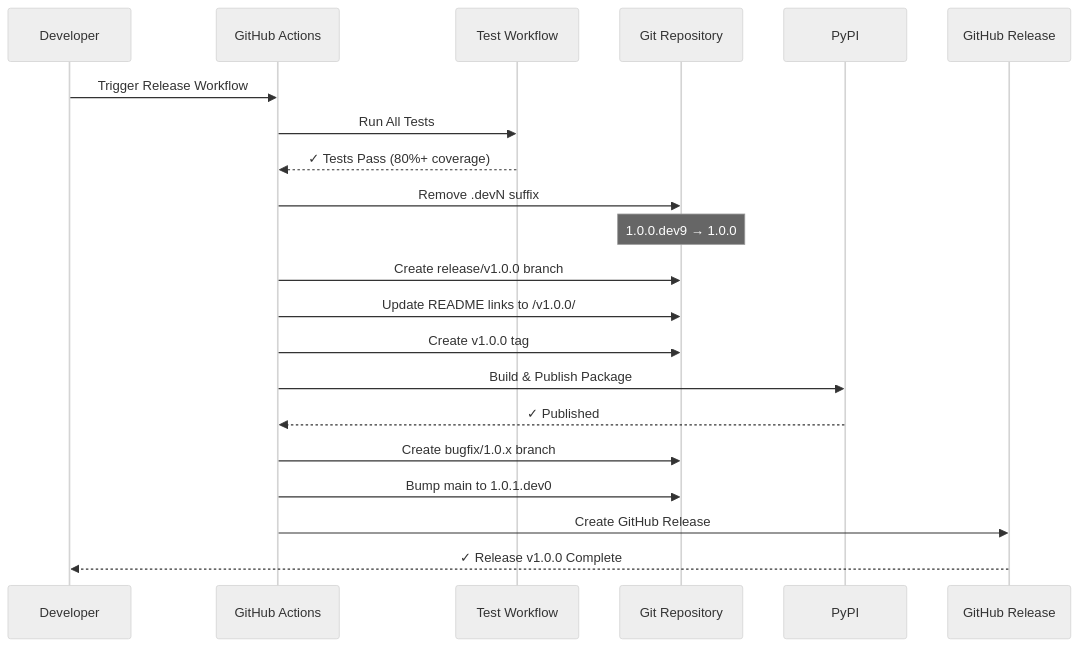
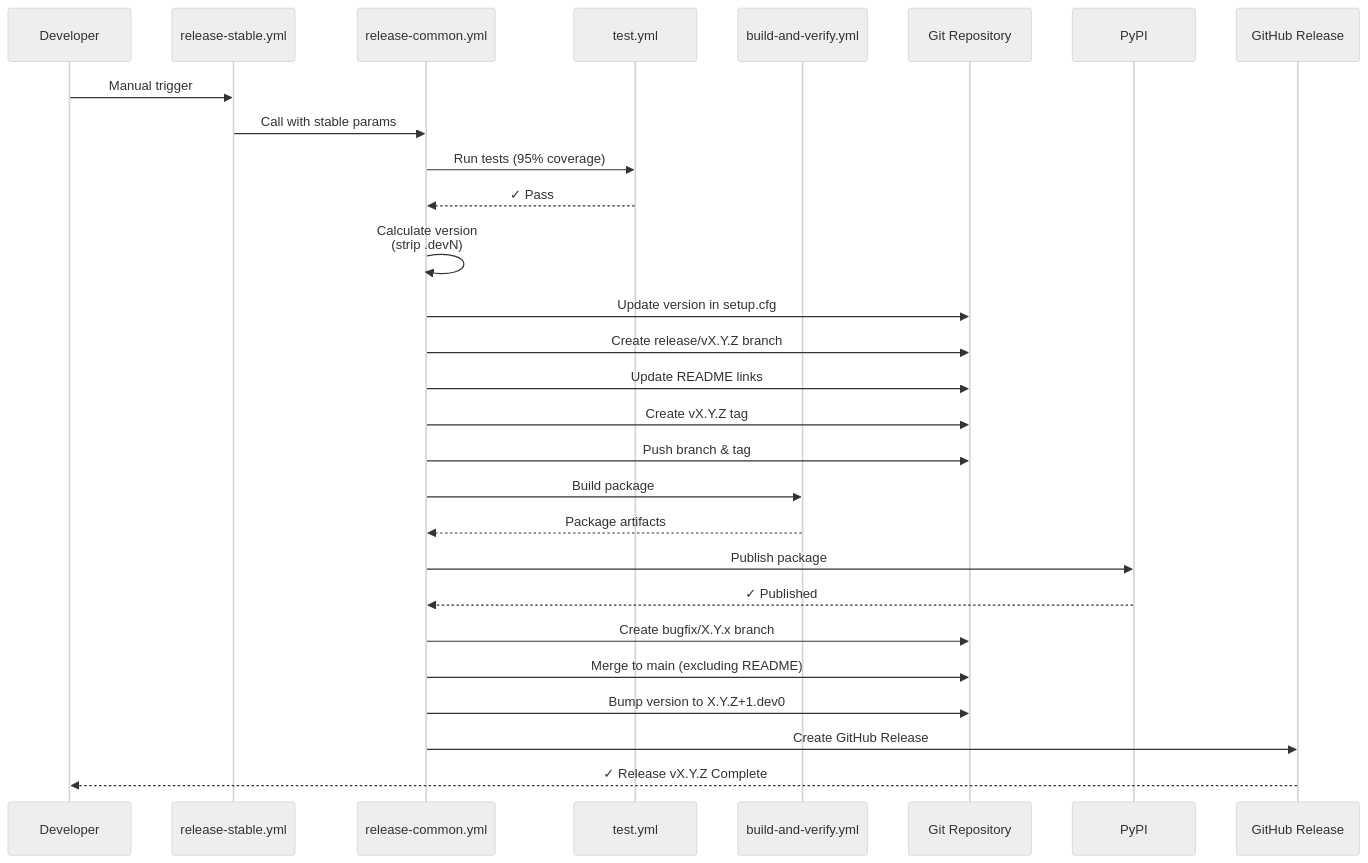
Before and after one commit to minouris/spafw37: the ninth of 18 diagrams in .github/RELEASE_PROCESS.md, drawn with Mermaid (neutral theme). The commit also changed other lines of this file, not shown here.

Commit message:
Updated documentation for release workflows

````diff
--- a/.github/RELEASE_PROCESS.md
+++ b/.github/RELEASE_PROCESS.md
@@ -345,29 +707,31 @@
 ```mermaid
 sequenceDiagram
     participant Dev as Developer
-    participant GH as GitHub Actions
-    participant Test as Test Workflow
+    participant Launcher as release-stable.yml
+    participant Common as release-common.yml
+    participant Test as test.yml
+    participant Build as build-and-verify.yml
     participant Git as Git Repository
     participant PyPI as PyPI
-    participant Release as GitHub Release
+    participant GH as GitHub Release
     
-    Dev->>GH: Trigger Release Workflow
-    GH->>Test: Run All Tests
-    Test-->>GH: ✓ Tests Pass (80%+ coverage)
-    
-    GH->>Git: Remove .devN suffix
-    Note over Git: 1.0.0.dev9 → 1.0.0
-    
-    GH->>Git: Create release/v1.0.0 branch
-    GH->>Git: Update README links to /v1.0.0/
-    GH->>Git: Create v1.0.0 tag
-    
-    GH->>PyPI: Build & Publish Package
-    PyPI-->>GH: ✓ Published
-    
-    GH->>Git: Create bugfix/1.0.x branch
-    GH->>Git: Bump main to 1.0.1.dev0
-    
-    GH->>Release: Create GitHub Release
-    Release-->>Dev: ✓ Release v1.0.0 Complete
+    Dev->>Launcher: Manual trigger
+    Launcher->>Common: Call with stable params
+    Common->>Test: Run tests (95% coverage)
+    Test-->>Common: ✓ Pass
+    Common->>Common: Calculate version<br/>(strip .devN)
+    Common->>Git: Update version in setup.cfg
+    Common->>Git: Create release/vX.Y.Z branch
+    Common->>Git: Update README links
+    Common->>Git: Create vX.Y.Z tag
+    Common->>Git: Push branch & tag
+    Common->>Build: Build package
+    Build-->>Common: Package artifacts
+    Common->>PyPI: Publish package
+    PyPI-->>Common: ✓ Published
+    Common->>Git: Create bugfix/X.Y.x branch
+    Common->>Git: Merge to main (excluding README)
+    Common->>Git: Bump version to X.Y.Z+1.dev0
+    Common->>GH: Create GitHub Release
+    GH-->>Dev: ✓ Release vX.Y.Z Complete
 ```
````
